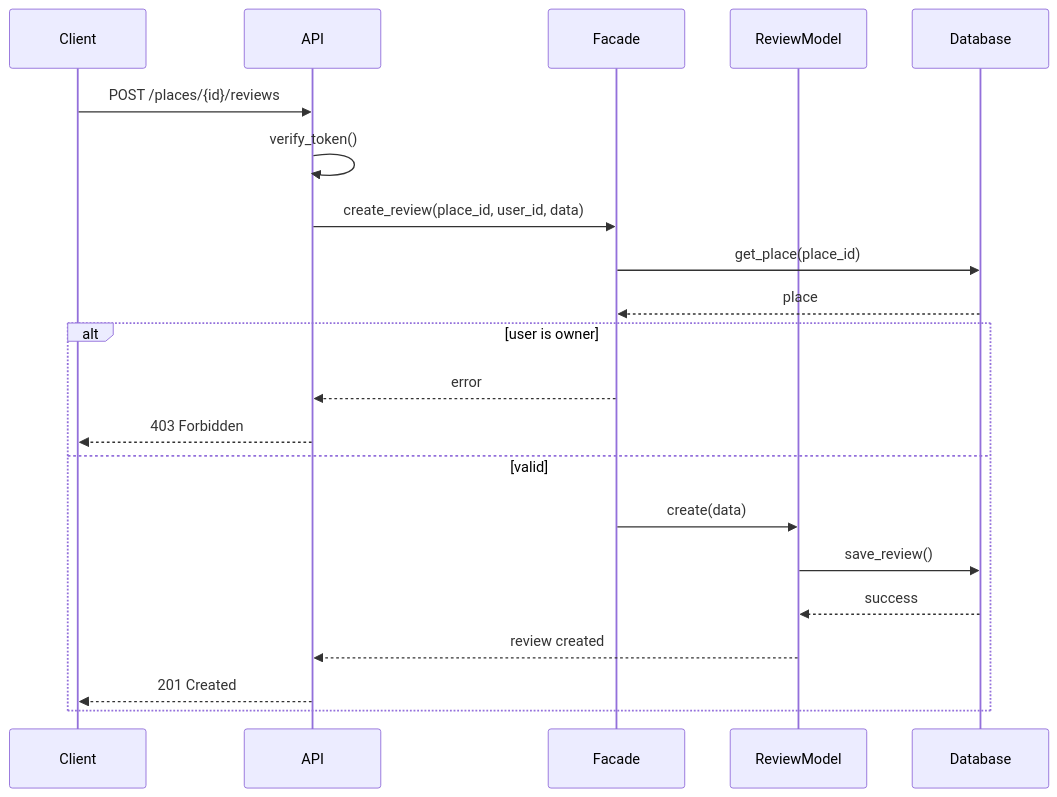
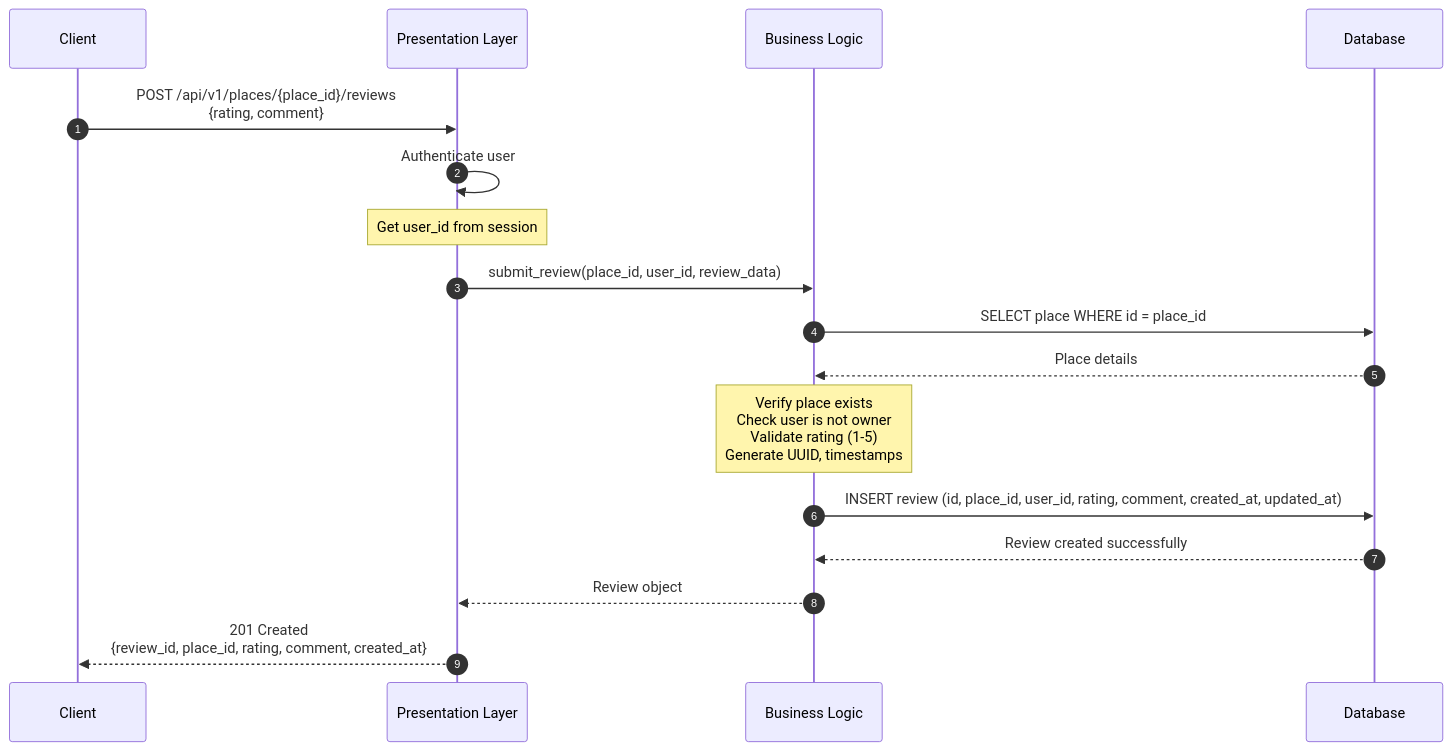
The third of 4 diagrams in part1/task2_sequence_diagrams.md (aliabdullah1215/holbertonschool-hbnb), drawn with Mermaid before and after one commit. The commit also changed other lines of this file, not shown here.

Commit message:
implement sequence diagrams for core APIs

````diff
--- a/part1/task2_sequence_diagrams.md
+++ b/part1/task2_sequence_diagrams.md
@@ -71,25 +74,26 @@
 ```mermaid
 sequenceDiagram
-    participant Client
-    participant API
-    participant Facade
-    participant ReviewModel
-    participant Database
+    autonumber
+    participant U as Client
+    participant P as Presentation Layer
+    participant B as Business Logic
+    participant D as Database
 
-    Client->>API: POST /places/{id}/reviews
-    API->>API: verify_token()
-    API->>Facade: create_review(place_id, user_id, data)
-    Facade->>Database: get_place(place_id)
-    Database-->>Facade: place
+    U->>P: POST /api/v1/places/{place_id}/reviews<br/>{rating, comment}
     
-    alt user is owner
-        Facade-->>API: error
-        API-->>Client: 403 Forbidden
-    else valid
-        Facade->>ReviewModel: create(data)
-        ReviewModel->>Database: save_review()
-        Database-->>ReviewModel: success
-        ReviewModel-->>API: review created
-        API-->>Client: 201 Created
-    end
+    P->>P: Authenticate user
+    Note over P: Get user_id from session
+    
+    P->>B: submit_review(place_id, user_id, review_data)
+    
+    B->>D: SELECT place WHERE id = place_id
+    D-->>B: Place details
+    
+    Note over B: Verify place exists<br/>Check user is not owner<br/>Validate rating (1-5)<br/>Generate UUID, timestamps
+    
+    B->>D: INSERT review (id, place_id, user_id, rating, comment, created_at, updated_at)
+    
+    D-->>B: Review created successfully
+    B-->>P: Review object
+    P-->>U: 201 Created<br/>{review_id, place_id, rating, comment, created_at}
 ```
````
